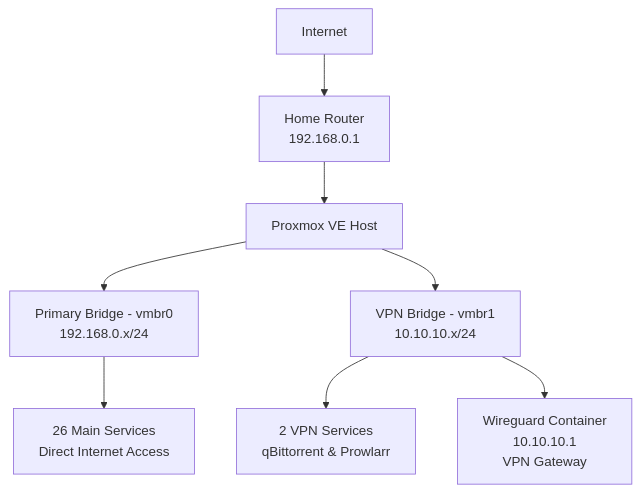
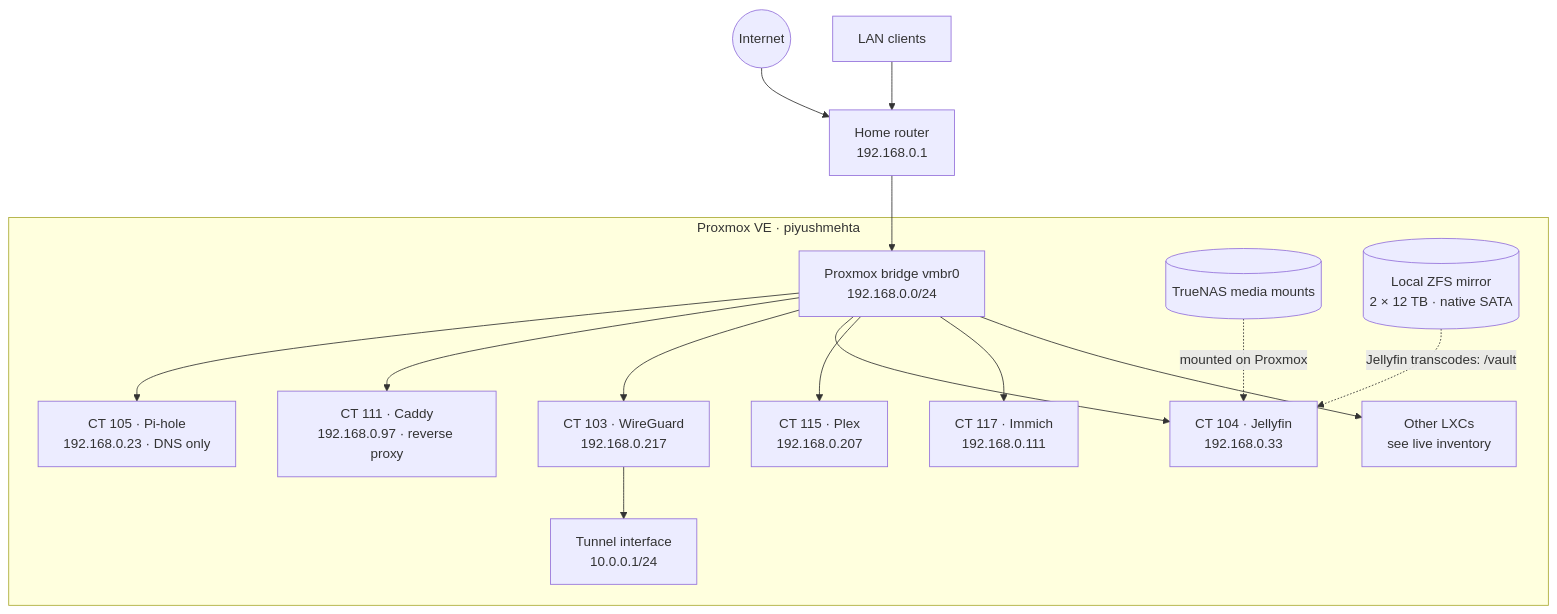
The diagram in docs/infrastructure/index.md (piyush97/homelab-docs), drawn with Mermaid before and after one commit. The commit also changed other lines of this file and 4 other files, not shown here.

Commit message:
docs: align homelab site with live inventory

````diff
--- a/docs/infrastructure/index.md
+++ b/docs/infrastructure/index.md
@@ -54,13 +17,18 @@
 ```mermaid
-graph TB
-    Internet[Internet] --> Router[Home Router<br/>192.168.0.1]
-    Router --> PVE[Proxmox VE Host]
-    
-    PVE --> vmbr0[Primary Bridge - vmbr0<br/>192.168.0.x/24]
-    PVE --> vmbr1[VPN Bridge - vmbr1<br/>10.10.10.x/24]
-    
-    vmbr0 --> MainServices[26 Main Services<br/>Direct Internet Access]
-    vmbr1 --> VPNServices[2 VPN Services<br/>qBittorrent & Prowlarr]
-    
-    vmbr1 --> WG[Wireguard Container<br/>10.10.10.1<br/>VPN Gateway]
+flowchart TB
+    WAN((Internet)) --> R["Home router<br/>192.168.0.1"]
+    CLIENTS["LAN clients"] --> R
+    R --> BR["Proxmox bridge vmbr0<br/>192.168.0.0/24"]
+    subgraph PVE["Proxmox VE · piyushmehta"]
+        BR --> DNS["CT 105 · Pi-hole<br/>192.168.0.23 · DNS only"]
+        BR --> CADDY["CT 111 · Caddy<br/>192.168.0.97 · reverse proxy"]
+        BR --> WG["CT 103 · WireGuard<br/>192.168.0.217"]
+        WG --> TUN["Tunnel interface<br/>10.0.0.1/24"]
+        BR --> MEDIA["CT 104 · Jellyfin<br/>192.168.0.33"]
+        BR --> PLEX["CT 115 · Plex<br/>192.168.0.207"]
+        BR --> IMMICH["CT 117 · Immich<br/>192.168.0.111"]
+        BR --> SERVICES["Other LXCs<br/>see live inventory"]
+        TN[("TrueNAS media mounts")] -. "mounted on Proxmox" .-> MEDIA
+        ZFS[("Local ZFS mirror<br/>2 × 12 TB · native SATA")] -. "Jellyfin transcodes: /vault" .-> MEDIA
+    end
 ```
````
